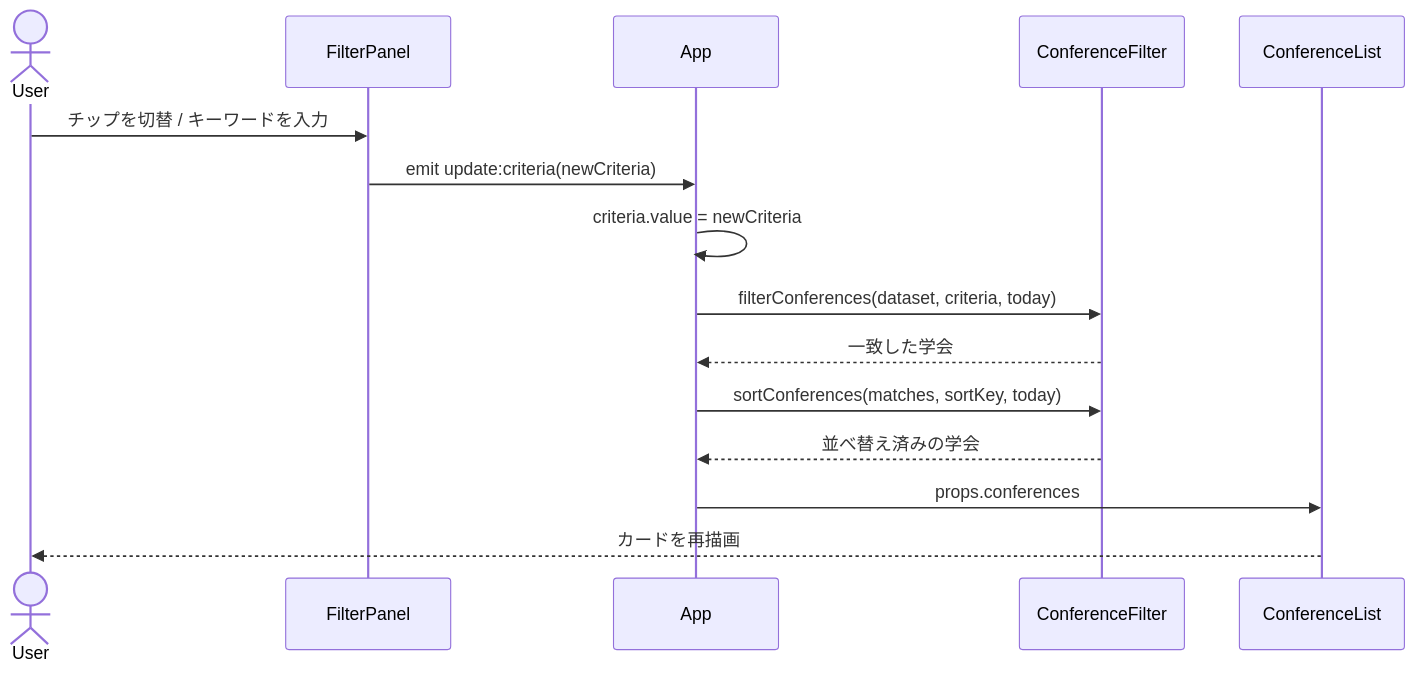
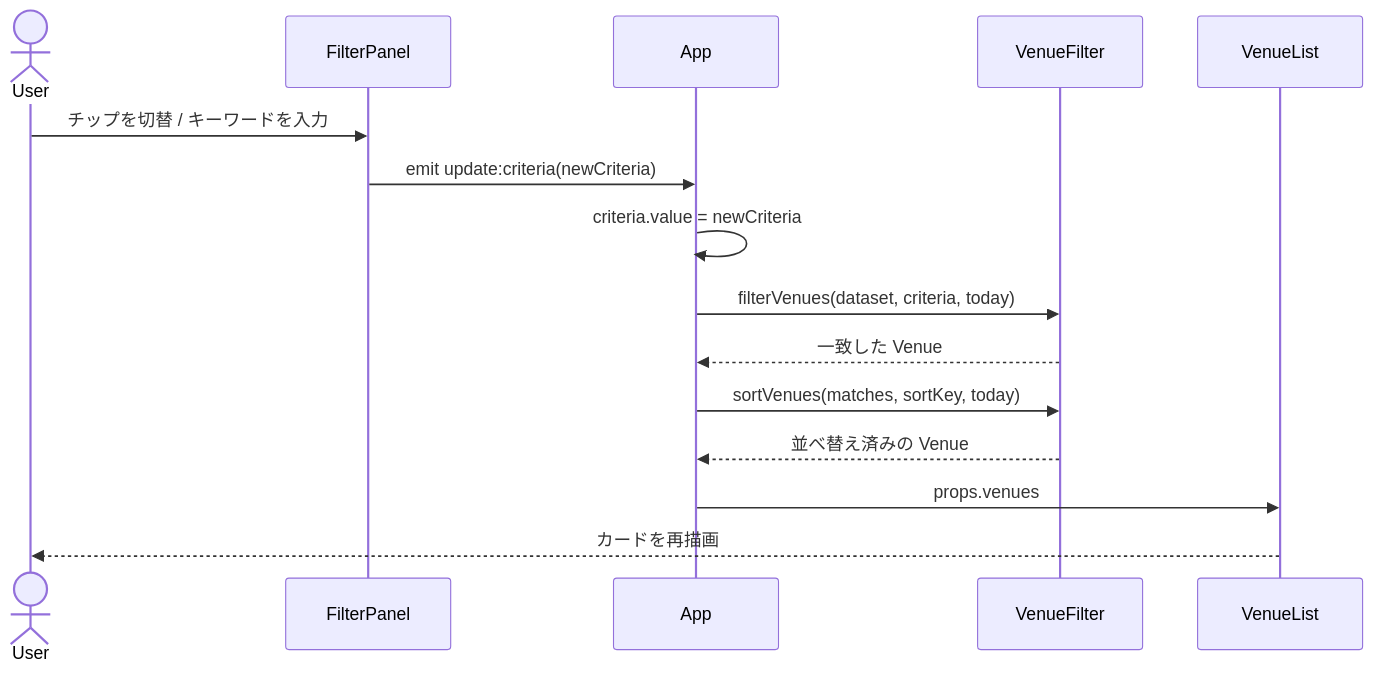
One commit to konbraphat51/GameRelatedCfPs changed the third of 3 diagrams in Docs/Architecture.ja.md. Above: the diagram before and after it, drawn with Mermaid. The commit also changed other lines of this file and 5 other files, not shown here.

````diff
--- a/Docs/Architecture.ja.md
+++ b/Docs/Architecture.ja.md
@@ -100,17 +103,17 @@
 ```mermaid
 sequenceDiagram
   actor User
   participant FilterPanel
   participant App
-  participant ConferenceFilter
-  participant ConferenceList
+  participant VenueFilter
+  participant VenueList
   User->>FilterPanel: チップを切替 / キーワードを入力
   FilterPanel->>App: emit update:criteria(newCriteria)
   App->>App: criteria.value = newCriteria
-  App->>ConferenceFilter: filterConferences(dataset, criteria, today)
-  ConferenceFilter-->>App: 一致した学会
-  App->>ConferenceFilter: sortConferences(matches, sortKey, today)
-  ConferenceFilter-->>App: 並べ替え済みの学会
-  App->>ConferenceList: props.conferences
-  ConferenceList-->>User: カードを再描画
+  App->>VenueFilter: filterVenues(dataset, criteria, today)
+  VenueFilter-->>App: 一致した Venue
+  App->>VenueFilter: sortVenues(matches, sortKey, today)
+  VenueFilter-->>App: 並べ替え済みの Venue
+  App->>VenueList: props.venues
+  VenueList-->>User: カードを再描画
 ```
````
